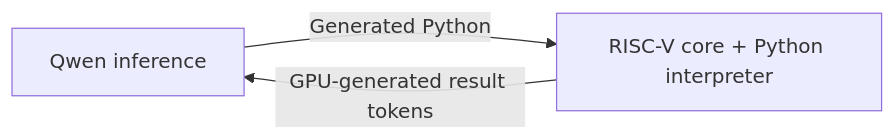
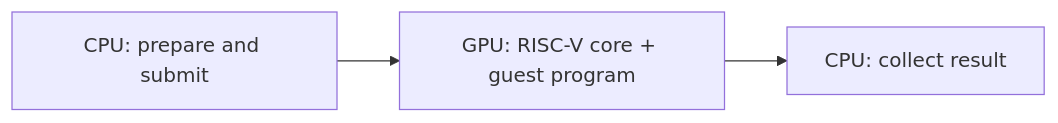
The diagram in README.md (dttutty/RISCuda), drawn with Mermaid before and after one commit. The commit also changed other lines of this file and 37 other files, not shown here.

````diff
--- a/README.md
+++ b/README.md
@@ -78,5 +40,5 @@
 ```mermaid
 flowchart LR
-    Q[Qwen inference] -->|Generated Python| P[RISC-V core + Python interpreter]
-    P -->|GPU-generated result tokens| Q
+    H[CPU: prepare and submit] --> G[GPU: RISC-V core + guest program]
+    G --> R[CPU: collect result]
 ```
````
